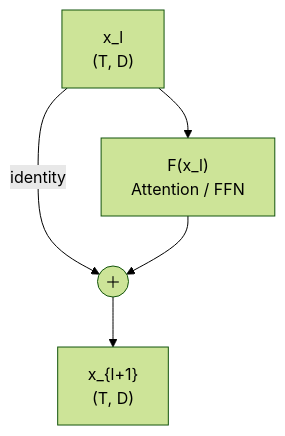
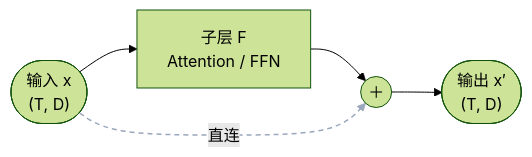
The second of 6 diagrams in vllm_ascend/models/deepseek_v4/dsv4_docs/mhc.md (GoCHug/vllm-ascend), drawn with Mermaid (forest theme) before and after one commit. The commit also changed other lines of this file, not shown here.

````diff
--- a/vllm_ascend/models/deepseek_v4/dsv4_docs/mhc.md
+++ b/vllm_ascend/models/deepseek_v4/dsv4_docs/mhc.md
@@ -128,7 +76,8 @@
 ```mermaid
-graph TD
-    X["x_l<br/>(T, D)"] --> F["F(x_l)<br/>Attention / FFN"]
-    X -->|identity| ADD(("＋"))
-    F --> ADD
-    ADD --> Y["x_{l+1}<br/>(T, D)"]
+flowchart LR
+    X(["输入 x<br/>(T, D)"]) --> F["子层 F<br/>Attention / FFN"]
+    F --> ADD(("＋"))
+    X -.->|"直连"| ADD
+    ADD --> Y(["输出 x′<br/>(T, D)"])
+    linkStyle 2 stroke:#9aa7bd,stroke-width:1.5px,stroke-dasharray:5 4;
 ```
````
